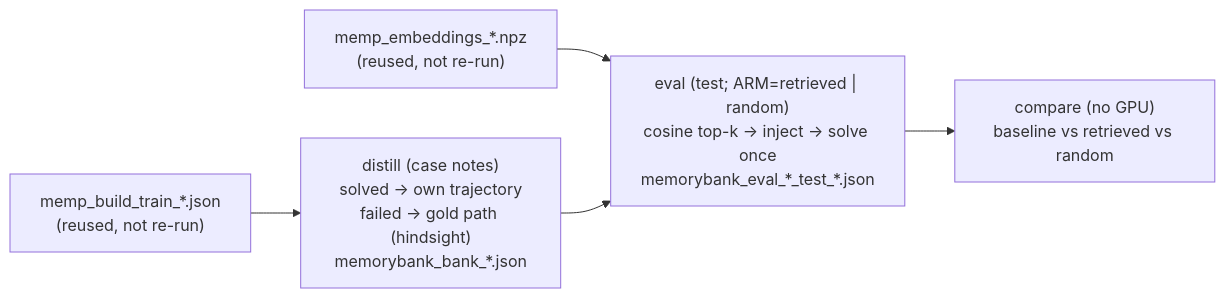
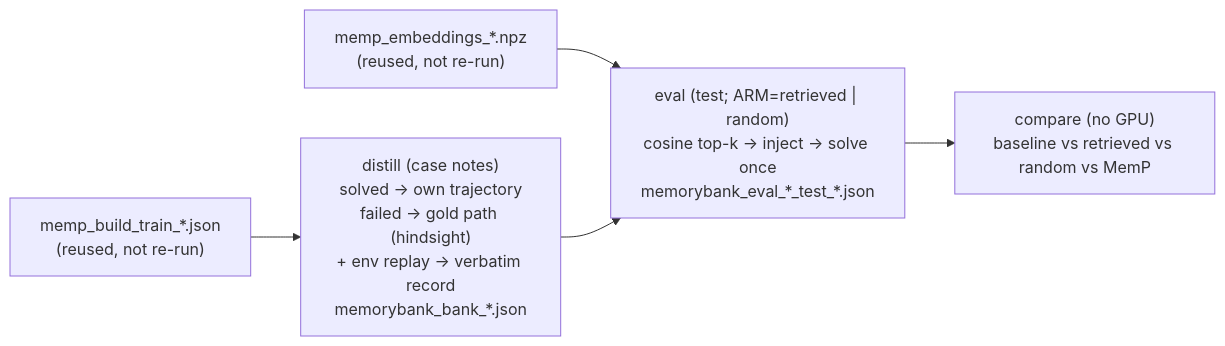
The sixth of 6 diagrams in docs/architecture.md (tobiTKM/bsc-thesis-memory-agents), drawn with Mermaid before and after one commit. The commit also changed other lines of this file and 11 other files, not shown here.

````diff
--- a/docs/architecture.md
+++ b/docs/architecture.md
@@ -353,7 +370,7 @@
 ```mermaid
 flowchart LR
-  BM["memp_build_train_*.json<br/>(reused, not re-run)"] --> D["distill (case notes)<br/>solved → own trajectory<br/>failed → gold path (hindsight)<br/>memorybank_bank_*.json"]
+  BM["memp_build_train_*.json<br/>(reused, not re-run)"] --> D["distill (case notes)<br/>solved → own trajectory<br/>failed → gold path (hindsight)<br/>+ env replay → verbatim record<br/>memorybank_bank_*.json"]
   EM["memp_embeddings_*.npz<br/>(reused, not re-run)"] --> EV["eval (test; ARM=retrieved | random)<br/>cosine top-k → inject → solve once<br/>memorybank_eval_*_test_*.json"]
   D --> EV
-  EV --> C["compare (no GPU)<br/>baseline vs retrieved vs random"]
+  EV --> C["compare (no GPU)<br/>baseline vs retrieved vs random vs MemP"]
 ```
````
